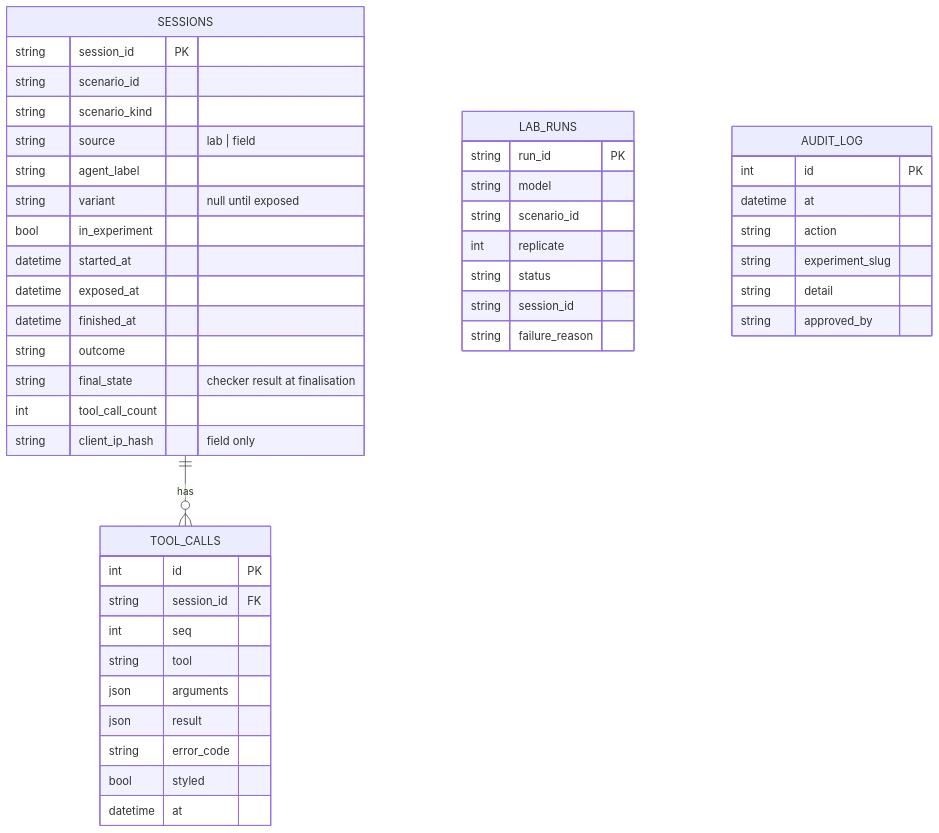
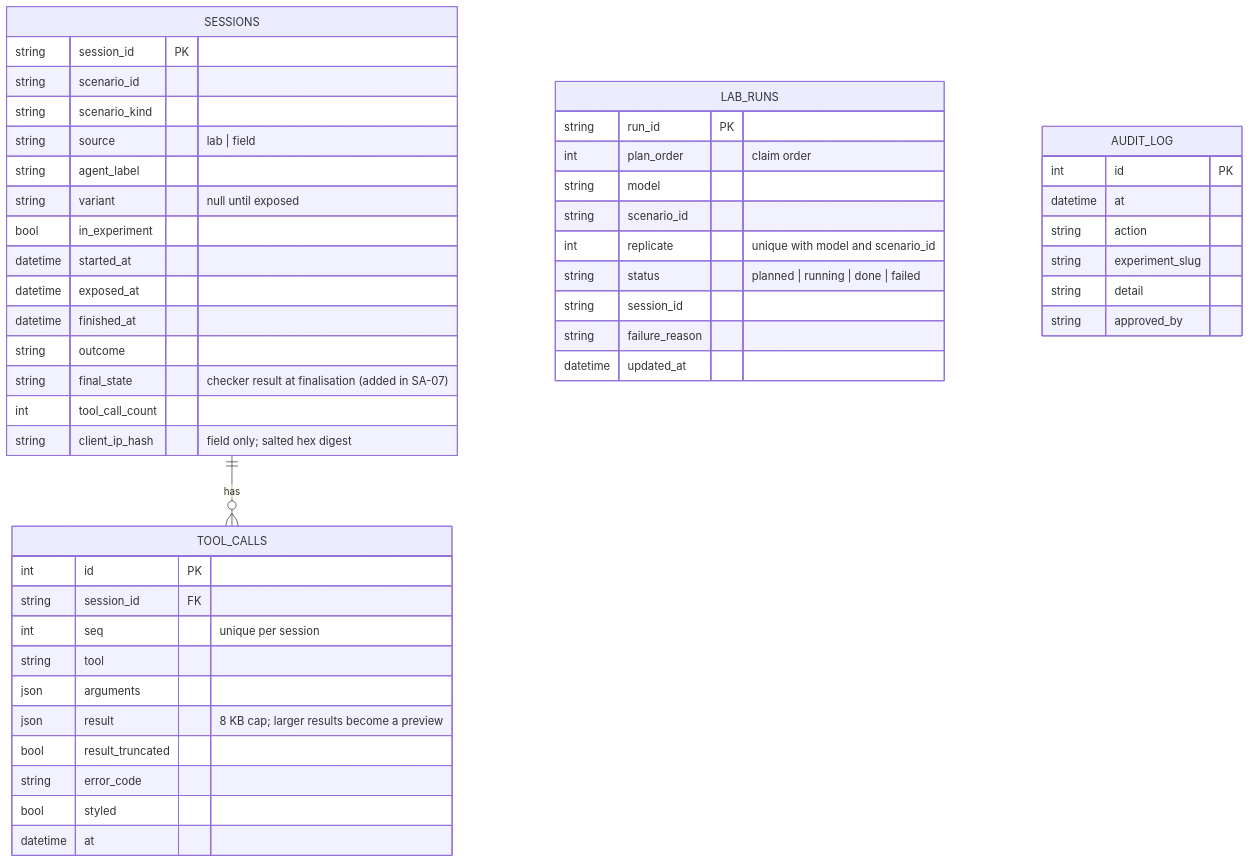
The second of 3 diagrams in docs/02-architecture.md (Ishaan2053/second-audience), drawn with Mermaid before and after one commit. The commit also changed other lines of this file and 7 other files, not shown here.

````diff
--- a/docs/02-architecture.md
+++ b/docs/02-architecture.md
@@ -276,48 +276,51 @@
 ```mermaid
 erDiagram
     SESSIONS ||--o{ TOOL_CALLS : has
     SESSIONS {
         string session_id PK
         string scenario_id
         string scenario_kind
         string source "lab | field"
         string agent_label
         string variant "null until exposed"
         bool in_experiment
         datetime started_at
         datetime exposed_at
         datetime finished_at
         string outcome
-        string final_state "checker result at finalisation"
+        string final_state "checker result at finalisation (added in SA-07)"
         int tool_call_count
-        string client_ip_hash "field only"
+        string client_ip_hash "field only; salted hex digest"
     }
     TOOL_CALLS {
         int id PK
         string session_id FK
-        int seq
+        int seq "unique per session"
         string tool
         json arguments
-        json result
+        json result "8 KB cap; larger results become a preview"
+        bool result_truncated
         string error_code
         bool styled
         datetime at
     }
     LAB_RUNS {
         string run_id PK
+        int plan_order "claim order"
         string model
         string scenario_id
-        int replicate
-        string status
+        int replicate "unique with model and scenario_id"
+        string status "planned | running | done | failed"
         string session_id
         string failure_reason
+        datetime updated_at
     }
     AUDIT_LOG {
         int id PK
         datetime at
         string action
         string experiment_slug
         string detail
         string approved_by
     }
 ```
````
